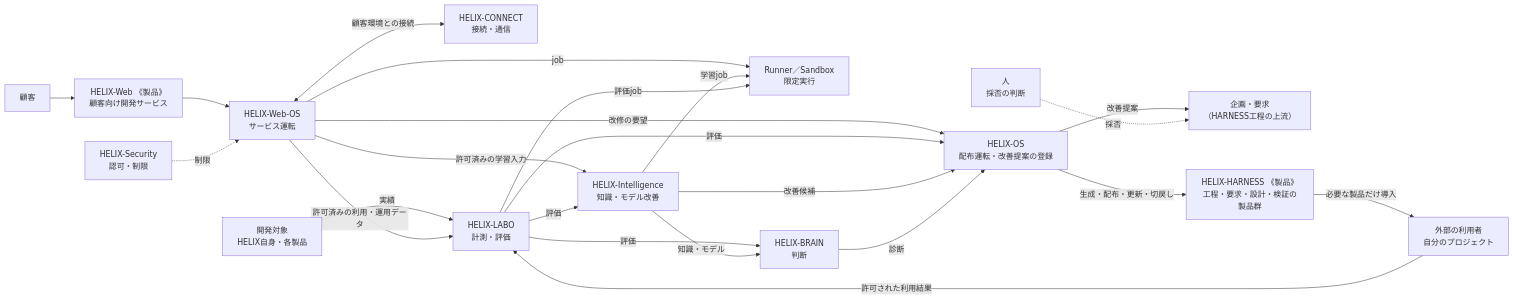
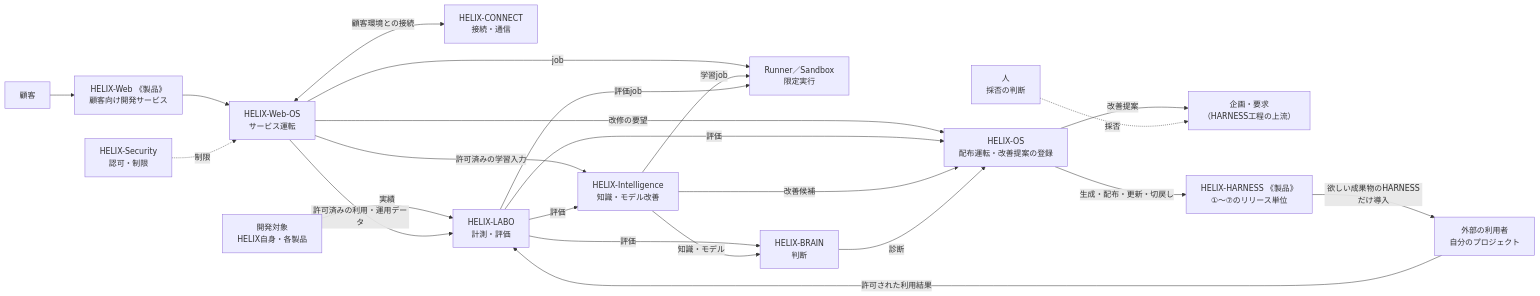
One commit to RetryYN/HELIX-HARNESS changed the third of 3 diagrams in docs/concept/helix-concept.md. Above: the diagram before and after it, drawn with Mermaid. The commit also changed other lines of this file, not shown here.

Commit message:
docs: define HARNESS product group as release units in Concept

````diff
--- a/docs/concept/helix-concept.md
+++ b/docs/concept/helix-concept.md
@@ -161,41 +161,41 @@
 ```mermaid
 flowchart LR
     REQ2["企画・要求<br/>（HARNESS工程の上流）"]
     Human["人<br/>採否の判断"]
     Targets["開発対象<br/>HELIX自身・各製品"]
-    PKG["HELIX-HARNESS 《製品》<br/>工程・要求・設計・検証の製品群"]
+    PKG["HELIX-HARNESS 《製品》<br/>①〜⑦のリリース単位"]
     ExtUser["外部の利用者<br/>自分のプロジェクト"]
     Customer["顧客"]
     WEB["HELIX-Web 《製品》<br/>顧客向け開発サービス"]
     WEBOS["HELIX-Web-OS<br/>サービス運転"]
     CONNECT["HELIX-CONNECT<br/>接続・通信"]
     RUNNER["Runner／Sandbox<br/>限定実行"]
     LABO["HELIX-LABO<br/>計測・評価"]
     INT["HELIX-Intelligence<br/>知識・モデル改善"]
     BRAIN["HELIX-BRAIN<br/>判断"]
     OS["HELIX-OS<br/>配布運転・改善提案の登録"]
     SEC["HELIX-Security<br/>認可・制限"]
 
     OS -->|生成・配布・更新・切戻し| PKG
-    PKG -->|必要な製品だけ導入| ExtUser
+    PKG -->|欲しい成果物のHARNESSだけ導入| ExtUser
     ExtUser -->|許可された利用結果| LABO
     Customer --> WEB
     WEB --> WEBOS
     WEBOS <-->|顧客環境との接続| CONNECT
     WEBOS -->|job| RUNNER
     SEC -.->|制限| WEBOS
     Targets -->|実績| LABO
     WEBOS -->|許可済みの利用・運用データ| LABO
     WEBOS -->|許可済みの学習入力| INT
     WEBOS -->|改修の要望| OS
     LABO -->|評価| BRAIN
     LABO -->|評価| INT
     LABO -->|評価| OS
     INT -->|知識・モデル| BRAIN
     INT -->|改善候補| OS
     INT -->|学習job| RUNNER
     LABO -->|評価job| RUNNER
     BRAIN -->|診断| OS
     OS -->|改善提案| REQ2
     Human -.->|採否| REQ2
 ```
````
